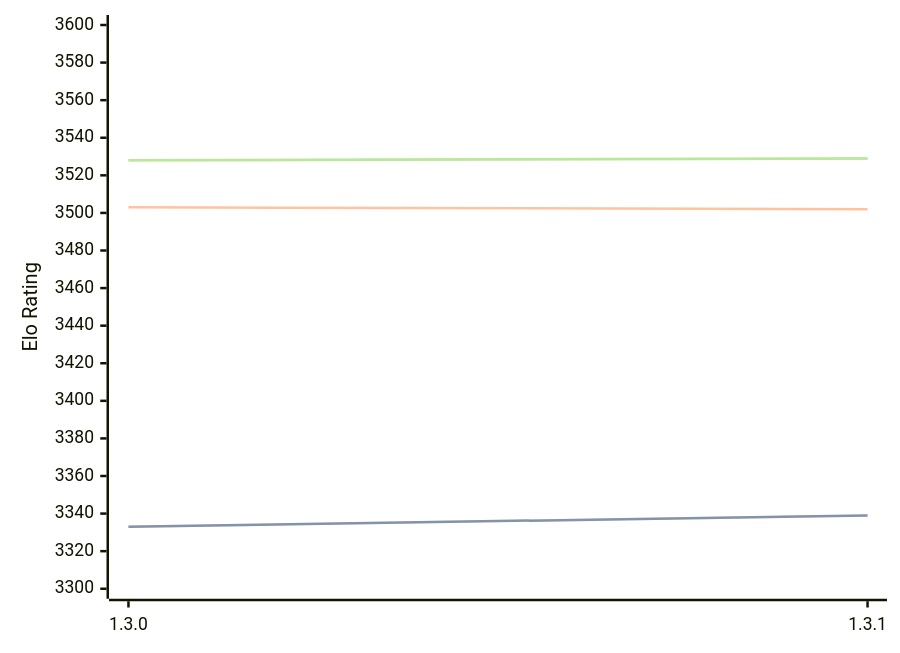
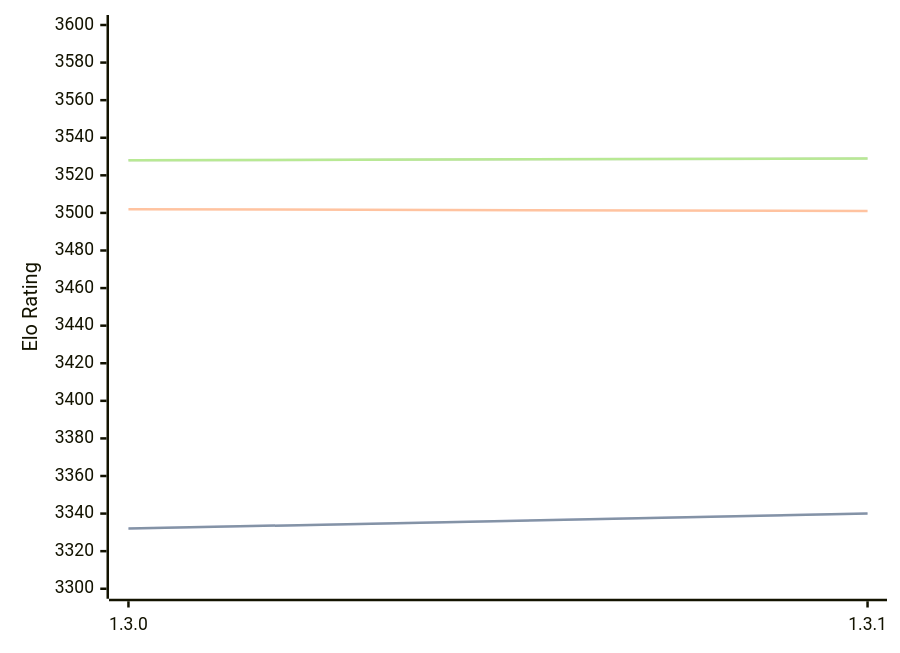
One commit to computer-chess-index/cci changed the diagram in engines/Renegade.md. Above: the diagram before and after it, drawn with Mermaid. The commit also changed other lines of this file, not shown here.

````diff
--- a/engines/Renegade.md
+++ b/engines/Renegade.md
@@ -42,11 +42,11 @@
 ```mermaid
 %%{init: {"theme":"base","themeVariables":{"seriesColors:['#a3a3a3','#222221','#faa371']}}}%%
 xychart-beta
   x-axis ["1.3.0", "1.3.1"]
   y-axis "Elo Rating" 3300 --> 3600
-  line "STC (8.0+0.08s)" [3333, 3339]
-  line "STC (8.0+0.08s)" [3333, 3339]
-  line "LTC (60.0+0.60s)" [3503, 3502]
+  line "STC (8.0+0.08s)" [3332, 3340]
+  line "STC (8.0+0.08s)" [3332, 3340]
+  line "LTC (60.0+0.60s)" [3502, 3501]
   line "VLTC (2m24s+1.12s)" [3528, 3529]
   line "VLTC (2m24s+1.12s)" [3528, 3529]
 ```
````
